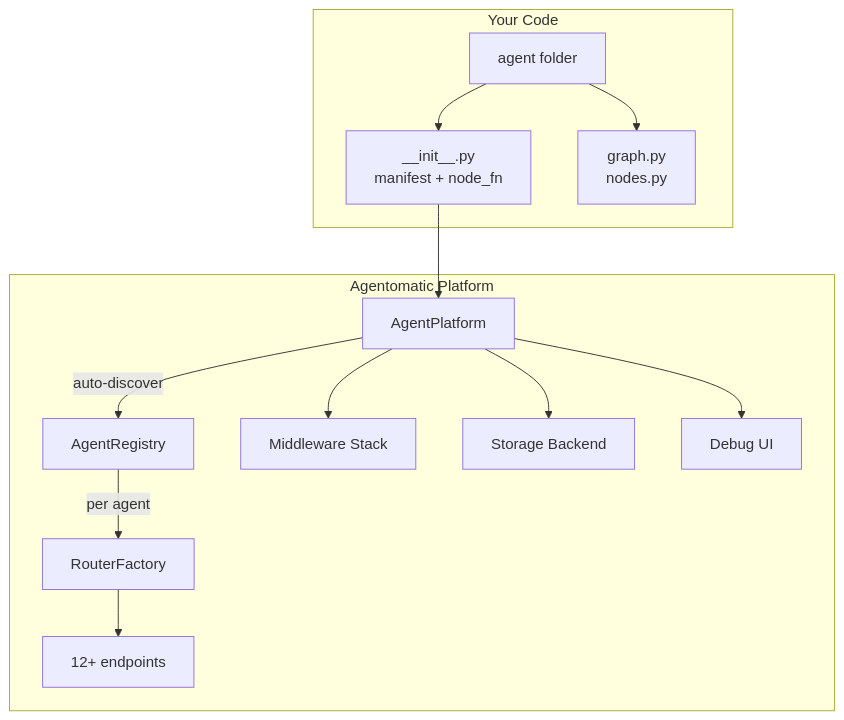
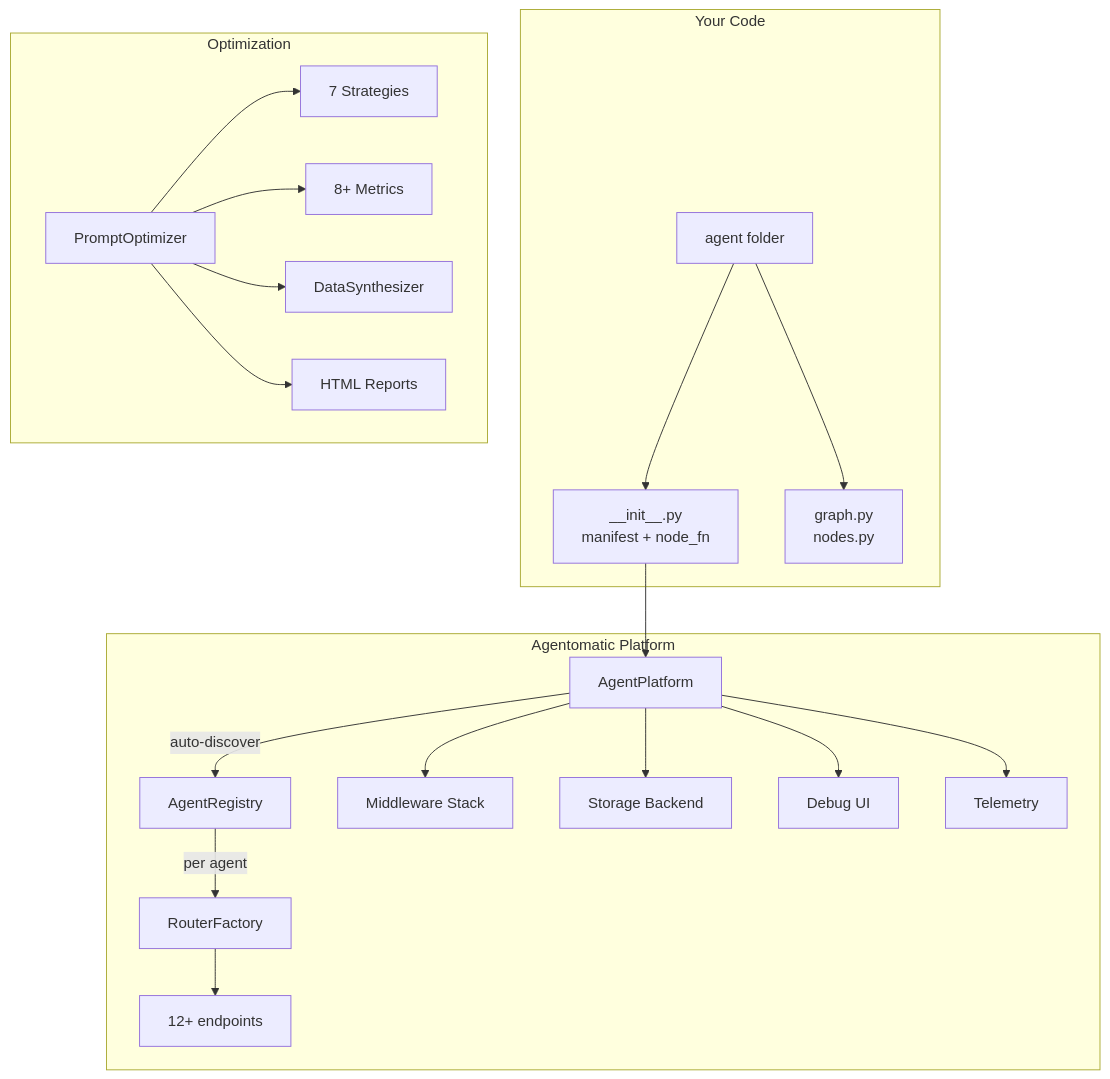
Before and after one commit to UnicoLab/agentomatic: the diagram in docs/index.md, drawn with Mermaid. The commit also changed other lines of this file and 7 other files, not shown here.

````diff
--- a/docs/index.md
+++ b/docs/index.md
@@ -57,18 +67,26 @@
 ```mermaid
 graph TB
     subgraph "Your Code"
         A["agent folder"] --> B["__init__.py\nmanifest + node_fn"]
         A --> C["graph.py\nnodes.py"]
     end
 
     subgraph "Agentomatic Platform"
         D[AgentPlatform] -->|auto-discover| E[AgentRegistry]
         E -->|per agent| F[RouterFactory]
         F --> G["12+ endpoints"]
         D --> H[Middleware Stack]
         D --> I[Storage Backend]
         D --> J[Debug UI]
+        D --> K[Telemetry]
+    end
+
+    subgraph "Optimization"
+        L[PromptOptimizer] --> M["7 Strategies"]
+        L --> N["8+ Metrics"]
+        L --> O[DataSynthesizer]
+        L --> P[HTML Reports]
     end
 
     B --> D
 ```
````
